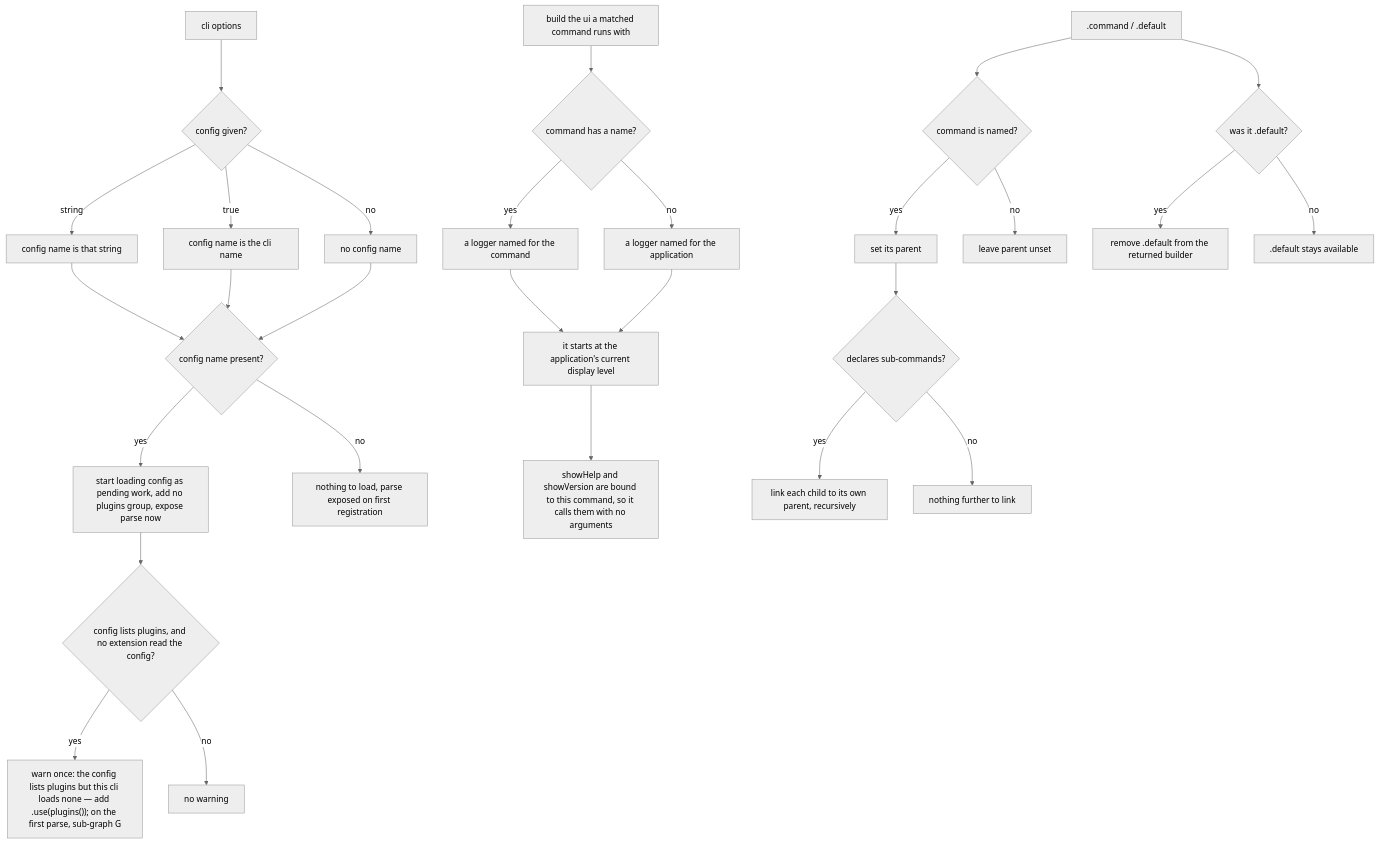
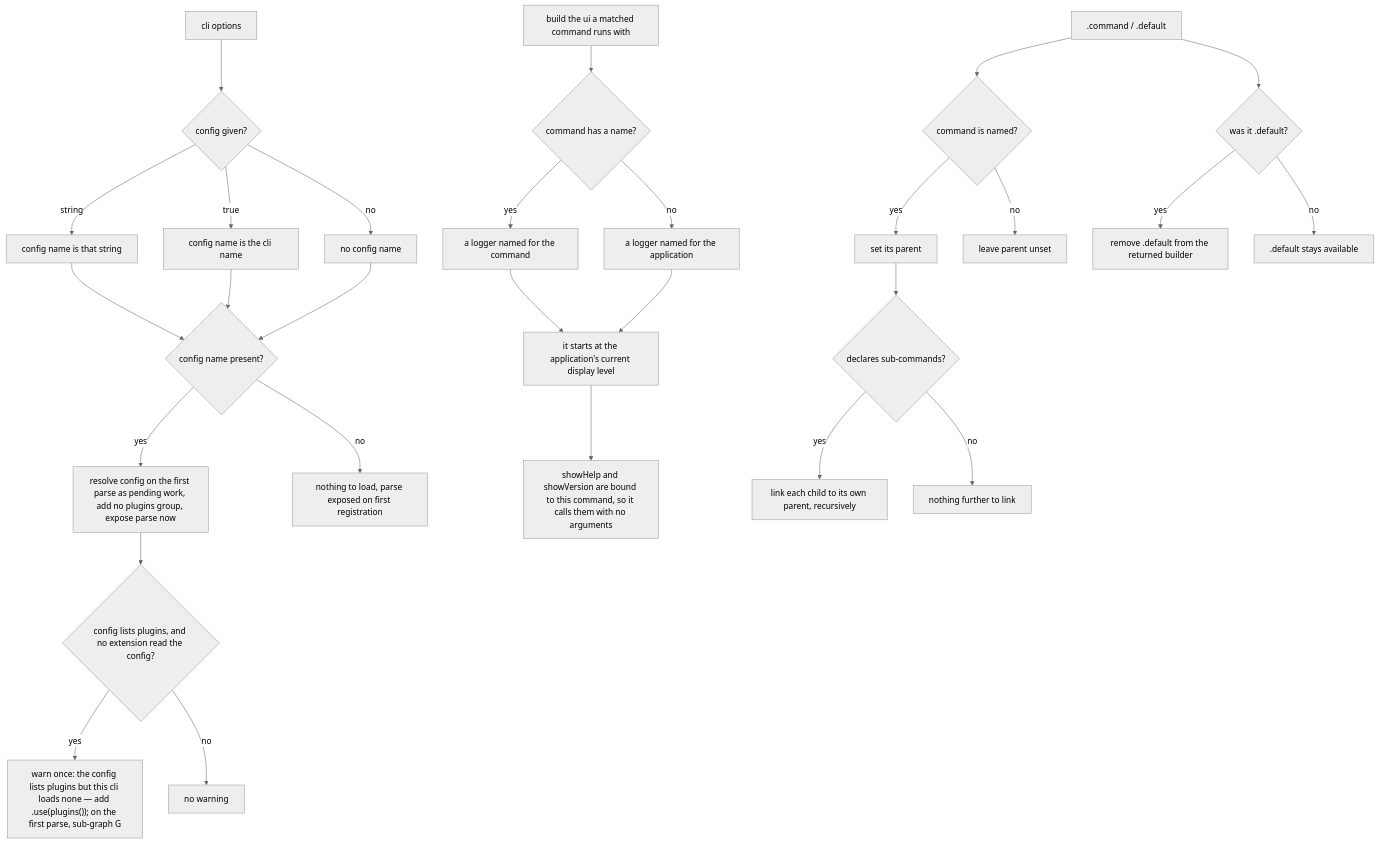
One commit to clibuilder/clibuilder changed the first of 6 diagrams in packages/clibuilder/.agents/spec/execution/README.md. Above: the diagram before and after it, drawn with Mermaid (neutral theme). The commit also changed other lines of this file and 95 other files, not shown here.

First line of the commit message:
feat(config)!: move config loading behind .use(config()) in clibuilder/config (#697)

````diff
--- a/packages/clibuilder/.agents/spec/execution/README.md
+++ b/packages/clibuilder/.agents/spec/execution/README.md
@@ -325,30 +330,30 @@
 ```mermaid
 graph TD
   O[cli options] --> CN{config given?}
   CN -- "string" --> CS[config name is that string]
   CN -- "true" --> CT[config name is the cli name]
   CN -- no --> CU[no config name]
   CS --> LC
   CT --> LC{config name present?}
   CU --> LC
-  LC -- yes --> LOAD["start loading config as pending work, add no plugins group, expose parse now"]
+  LC -- yes --> LOAD["resolve config on the first parse as pending work, add no plugins group, expose parse now"]
   LC -- no --> NOLOAD[nothing to load, parse exposed on first registration]
   LOAD --> HASP{"config lists plugins, and no extension read the config?"}
   HASP -- yes --> WARN["warn once: the config lists plugins but this cli loads none — add .use(plugins()); on the first parse, sub-graph G"]
   HASP -- no --> NOWARN[no warning]
   UIB[build the ui a matched command runs with] --> UIN{command has a name?}
   UIN -- yes --> UIC[a logger named for the command]
   UIN -- no --> UIA[a logger named for the application]
   UIC --> UIL[it starts at the application's current display level]
   UIA --> UIL
   UIL --> UIW[showHelp and showVersion are bound to this command, so it calls them with no arguments]
   REG[".command / .default"] --> ADJ{command is named?}
   ADJ -- yes --> PAR[set its parent]
   ADJ -- no --> NOP[leave parent unset]
   PAR --> NEST{declares sub-commands?}
   NEST -- yes --> RECUR[link each child to its own parent, recursively]
   NEST -- no --> DONE[nothing further to link]
   REG --> DEF{"was it .default?"}
   DEF -- yes --> ONCE[remove .default from the returned builder]
   DEF -- no --> KEEP[".default stays available"]
 ```
````
